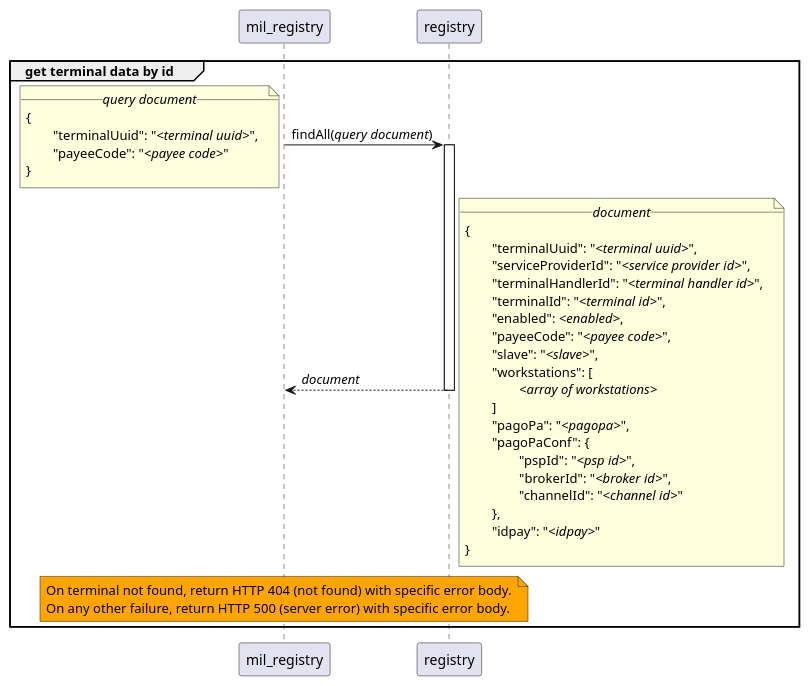
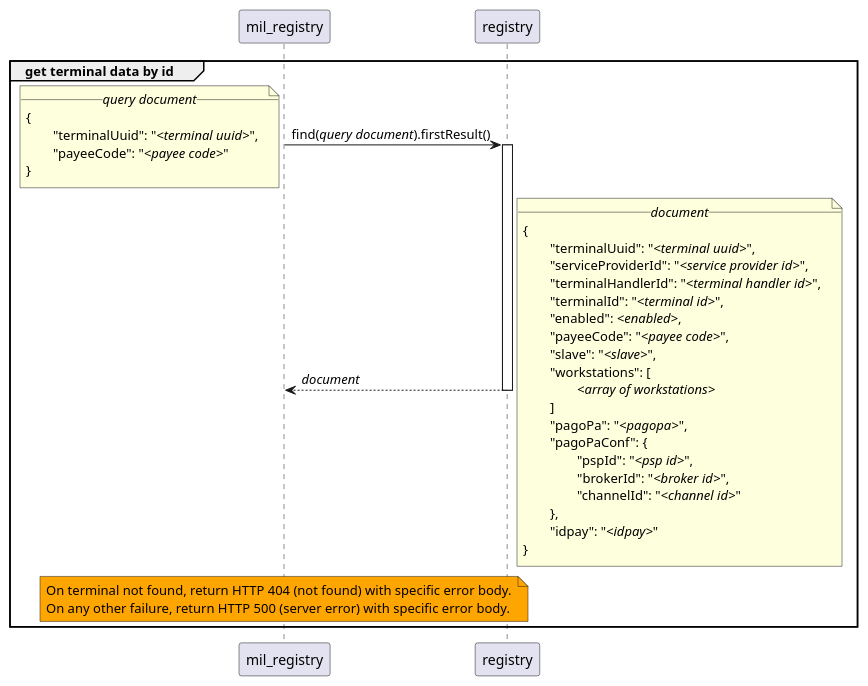
One commit to pagopa/mil-terminal-registry changed the diagram in src/doc/puml/get_terminal_data_by_id_for_pa.puml. Above: the diagram before and after it, drawn with PlantUML. The commit also changed 1 other file, not shown here.

```diff
--- a/src/doc/puml/get_terminal_data_by_id_for_pa.puml
+++ b/src/doc/puml/get_terminal_data_by_id_for_pa.puml
@@ -1,39 +1,39 @@
 group get terminal data by id
-	mil_registry -> registry ++ : findAll(//query document//)
+	mil_registry -> registry ++ : find(//query document//).firstResult()
 		note left
 			__//query document//__
 			{
 				"terminalUuid": "//<terminal uuid>//",
 				"payeeCode": "//<payee code>//"
 			}
 		end note
 
 	registry --> mil_registry -- : //document//
 		note right
 			__//document//__
 			{
 				"terminalUuid": "//<terminal uuid>//",
 				"serviceProviderId": "//<service provider id>//",
 				"terminalHandlerId": "//<terminal handler id>//",
 				"terminalId": "//<terminal id>//",
 				"enabled": //<enabled>//,
 				"payeeCode": "//<payee code>//",
 				"slave": "//<slave>//",
 				"workstations": [
 					//<array of workstations>//
 				]
 				"pagoPa": "//<pagopa>//",
 				"pagoPaConf": {
 					"pspId": "//<psp id>//",
 					"brokerId": "//<broker id>//",
 					"channelId": "//<channel id>//"
 				},
 				"idpay": "//<idpay>//"
 			}
 		end note
 	
     note over mil_registry #Orange
 	    On terminal not found, return HTTP 404 (not found) with specific error body.
 	    On any other failure, return HTTP 500 (server error) with specific error body. 
     end note
 end
```
